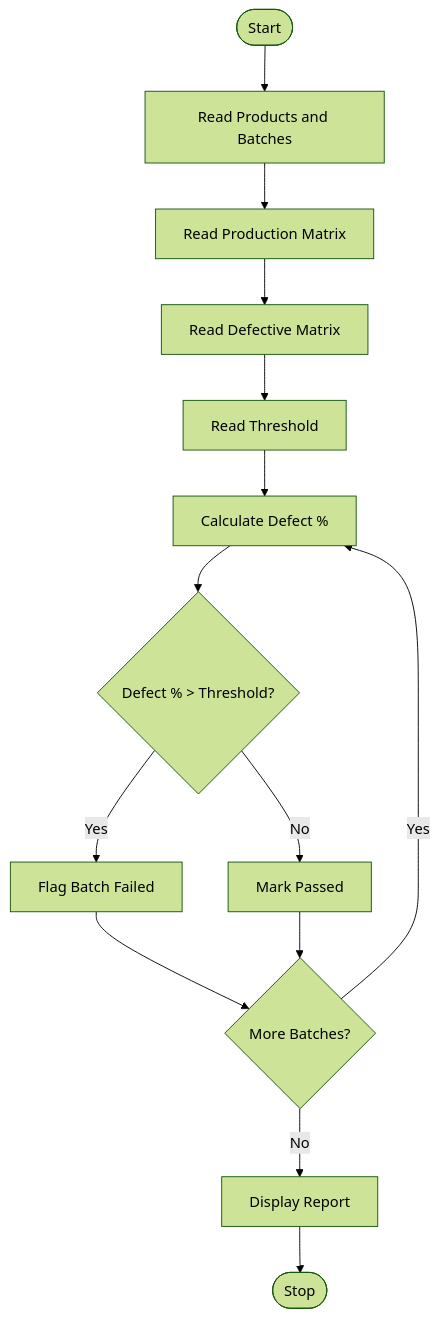
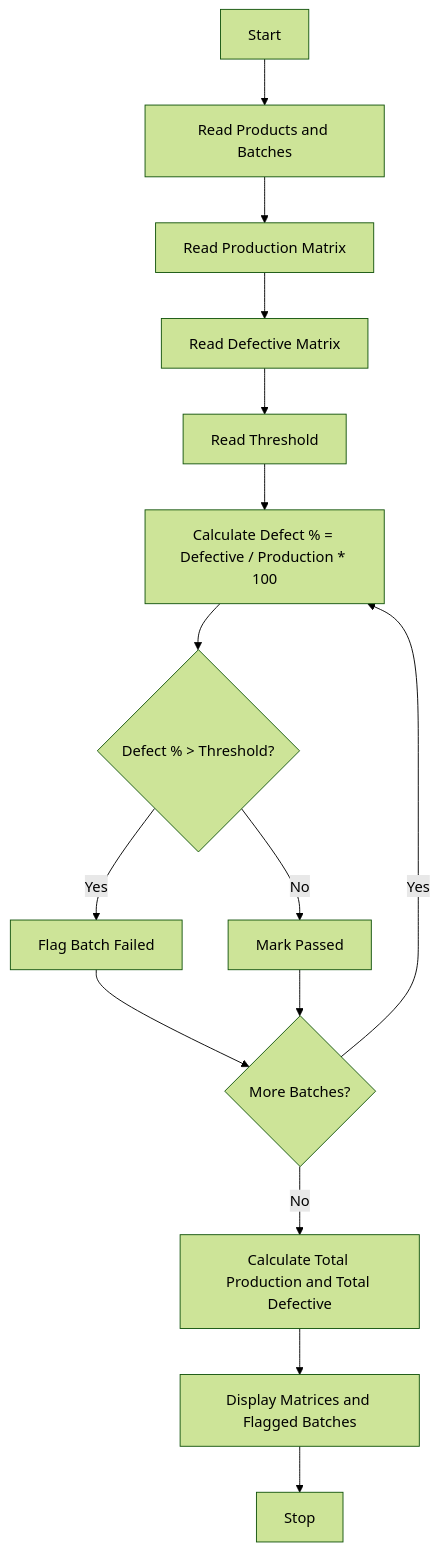
The diagram in Task8/Code.md (bhavyabalusupati10-maker/Python-Tasks), drawn with Mermaid (forest theme) before and after one commit. The commit also changed other lines of this file, not shown here.

````diff
--- a/Task8/Code.md
+++ b/Task8/Code.md
@@ -17,16 +18,17 @@
 ```mermaid
 flowchart TD
-    First([Start]) --> A[Read Products and Batches]
-    A --> B[Read Production Matrix]
-    B --> C[Read Defective Matrix]
-    C --> D[Read Threshold]
-    D --> E[Calculate Defect %]
-    E --> F{Defect % > Threshold?}
-    F -->|Yes| G[Flag Batch Failed]
-    F -->|No| H[Mark Passed]
-    G --> I{More Batches?}
-    H --> I
-    I -->|Yes| E
-    I -->|No| J[Display Report]
-    J --> Last([Stop])
+    A[Start] --> B[Read Products and Batches]
+    B --> C[Read Production Matrix]
+    C --> D[Read Defective Matrix]
+    D --> E[Read Threshold]
+    E --> F[Calculate Defect % = Defective / Production * 100]
+    F --> G{Defect % > Threshold?}
+    G -- Yes --> H[Flag Batch Failed]
+    G -- No --> I[Mark Passed]
+    H --> J{More Batches?}
+    I --> J
+    J -- Yes --> F
+    J -- No --> K[Calculate Total Production and Total Defective]
+    K --> L[Display Matrices and Flagged Batches]
+    L --> M[Stop]
 ```
````
